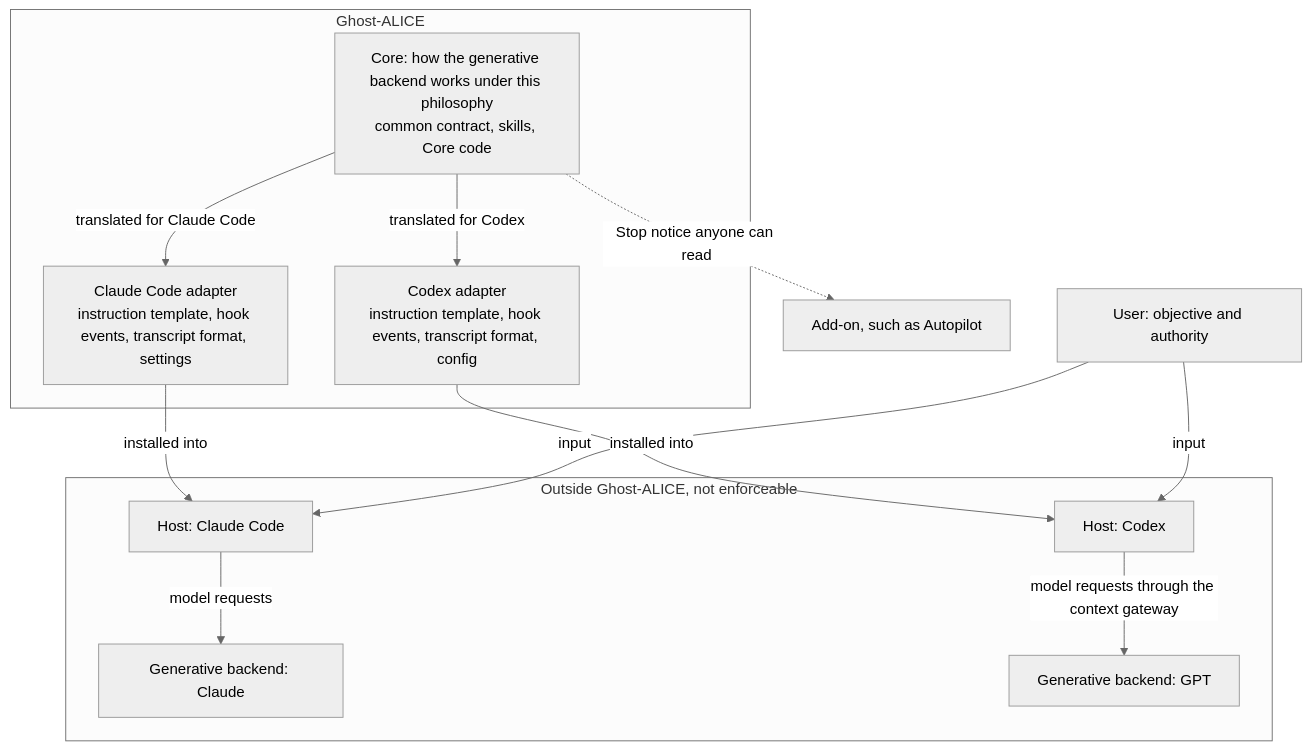
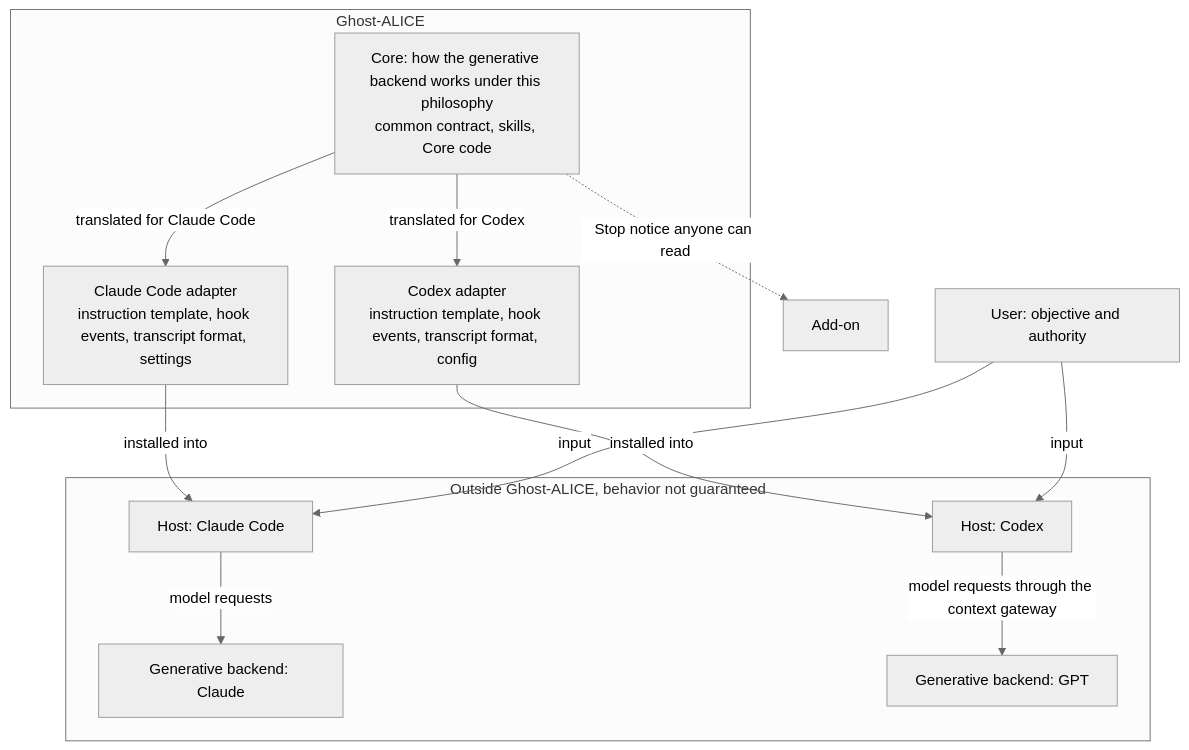
The first of 7 diagrams in architecture.md (AidALL/ghost-alice), drawn with Mermaid (neutral theme) before and after one commit. The commit also changed other lines of this file and 1 other file, not shown here.

Commit message:
Say Ghost-ALICE cannot guarantee how hosts behave and drop the add-on's name from the structure diagram (#149)
- Replace "not enforceable" with "behavior not guaranteed" and say that Ghost-ALICE instructs and records within the limits the hosts and backends expose, since Core code could block and does not by design
- Remove the add-on's name from the diagram; these documents name no particular add-on

````diff
--- a/architecture.md
+++ b/architecture.md
@@ -9,25 +9,25 @@
 ```mermaid
 flowchart TB
   subgraph GA["Ghost-ALICE"]
     C["Core: how the generative backend works under this philosophy<br/>common contract, skills, Core code"]
     AC["Claude Code adapter<br/>instruction template, hook events, transcript format, settings"]
     AX["Codex adapter<br/>instruction template, hook events, transcript format, config"]
   end
-  subgraph OUT["Outside Ghost-ALICE, not enforceable"]
+  subgraph OUT["Outside Ghost-ALICE, behavior not guaranteed"]
     HC["Host: Claude Code"]
     HX["Host: Codex"]
     BC["Generative backend: Claude"]
     BX["Generative backend: GPT"]
   end
   U["User: objective and authority"]
-  AD["Add-on, such as Autopilot"]
+  AD["Add-on"]
   C -->|translated for Claude Code| AC
   C -->|translated for Codex| AX
   AC -->|installed into| HC
   AX -->|installed into| HX
   HC -->|model requests| BC
   HX -->|model requests through the context gateway| BX
   U -->|input| HC
   U -->|input| HX
   C -.->|Stop notice anyone can read| AD
 ```
````
